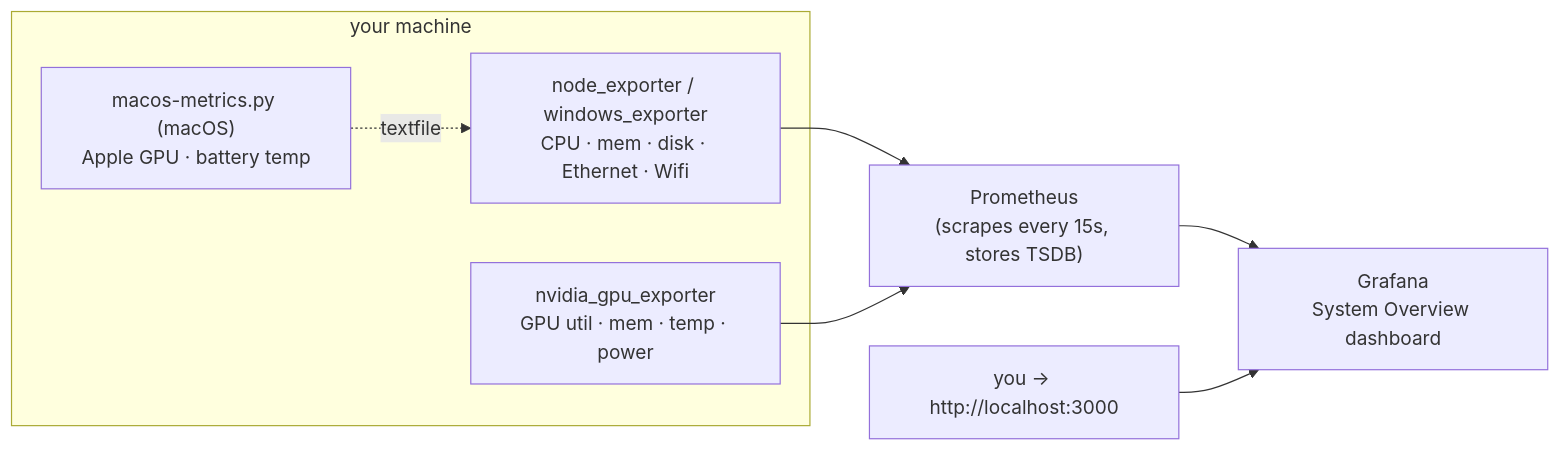
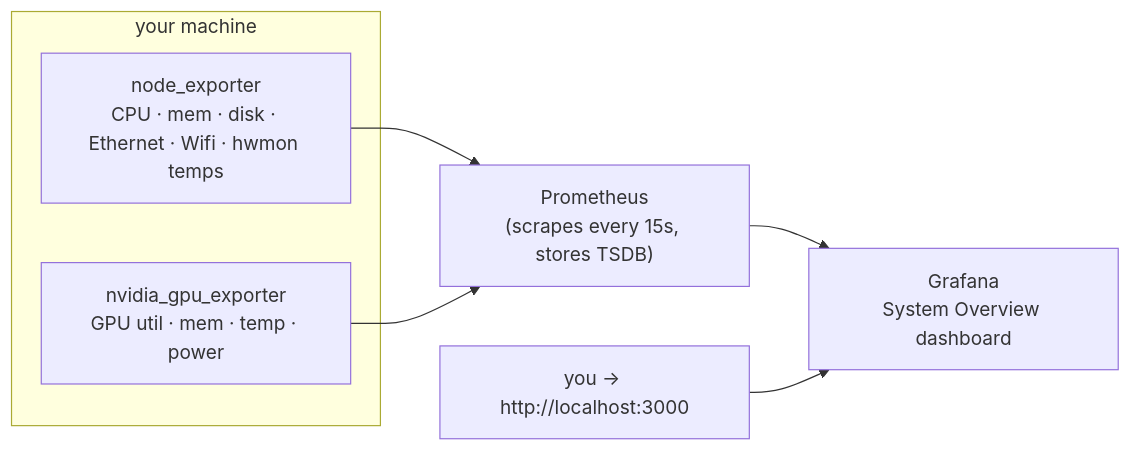
The diagram in dashboard/README.md (lesysbot/lesysbot), drawn with Mermaid before and after one commit. The commit also changed other lines of this file and 72 other files, not shown here.

````diff
--- a/dashboard/README.md
+++ b/dashboard/README.md
@@ -27,15 +22,13 @@
 ```mermaid
 flowchart LR
     subgraph host["your machine"]
-      ne["node_exporter / windows_exporter<br>CPU · mem · disk · Ethernet · Wifi"]
+      ne["node_exporter<br>CPU · mem · disk · Ethernet · Wifi · hwmon temps"]
       gpu["nvidia_gpu_exporter<br>GPU util · mem · temp · power"]
-      mac["macos-metrics.py (macOS)<br>Apple GPU · battery temp"]
     end
     prom["Prometheus<br>(scrapes every 15s, stores TSDB)"]
     graf["Grafana<br>System Overview dashboard"]
     ne --> prom
     gpu --> prom
-    mac -. textfile .-> ne
     prom --> graf
     you["you → http://localhost:3000"] --> graf
 ```
````
